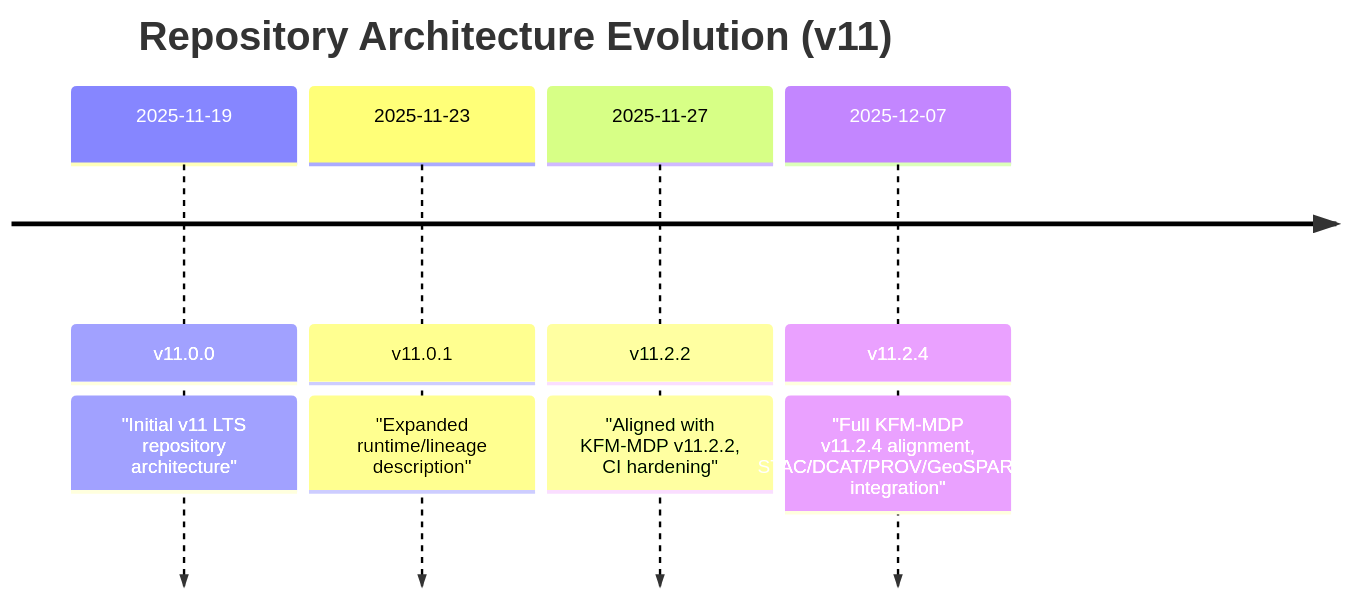
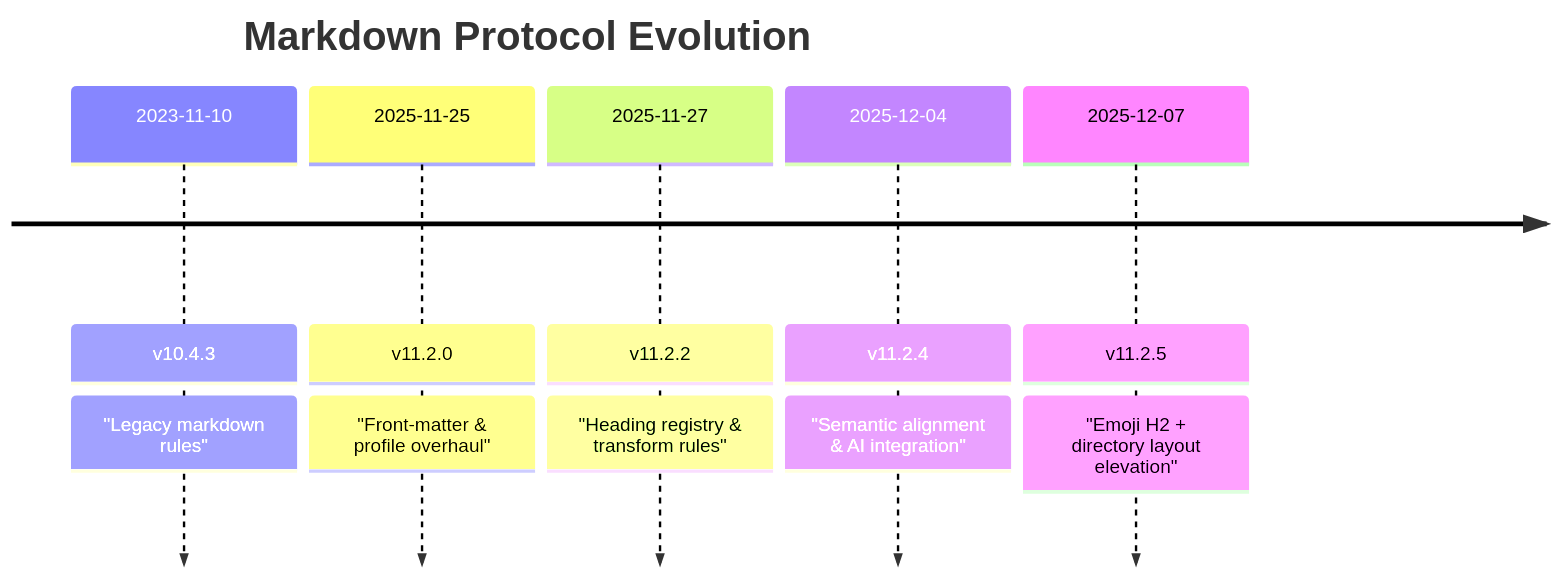
One commit to bartytime4life/Kansas-Frontier-Matrix changed the second of 2 diagrams in ARCHITECTURE.md. Above: the diagram before and after it, drawn with Mermaid. The commit also changed other lines of this file, not shown here.

````diff
--- a/ARCHITECTURE.md
+++ b/ARCHITECTURE.md
@@ -326,8 +390,9 @@
-~~~mermaid
+```mermaid
 timeline
-    title Repository Architecture Evolution (v11)
-    2025-11-19 : v11.0.0 : "Initial v11 LTS repository architecture"
-    2025-11-23 : v11.0.1 : "Expanded runtime/lineage description"
-    2025-11-27 : v11.2.2 : "Aligned with KFM-MDP v11.2.2, CI hardening"
-    2025-12-07 : v11.2.4 : "Full KFM-MDP v11.2.4 alignment, STAC/DCAT/PROV/GeoSPARQL integration"
-~~~
+    title Markdown Protocol Evolution
+    2023-11-10 : v10.4.3 : "Legacy markdown rules"
+    2025-11-25 : v11.2.0 : "Front-matter & profile overhaul"
+    2025-11-27 : v11.2.2 : "Heading registry & transform rules"
+    2025-12-04 : v11.2.4 : "Semantic alignment & AI integration"
+    2025-12-07 : v11.2.5 : "Emoji H2 + directory layout elevation"
+```
````
